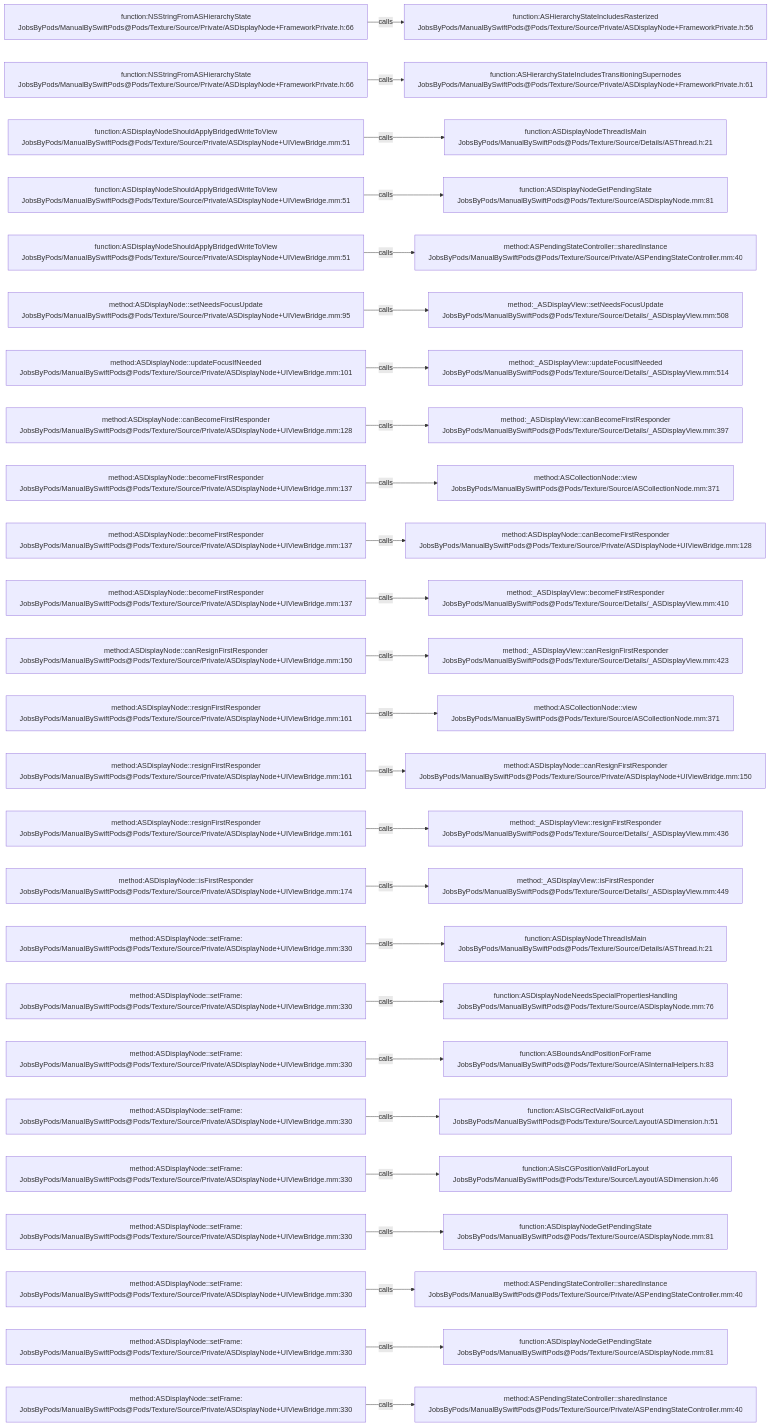
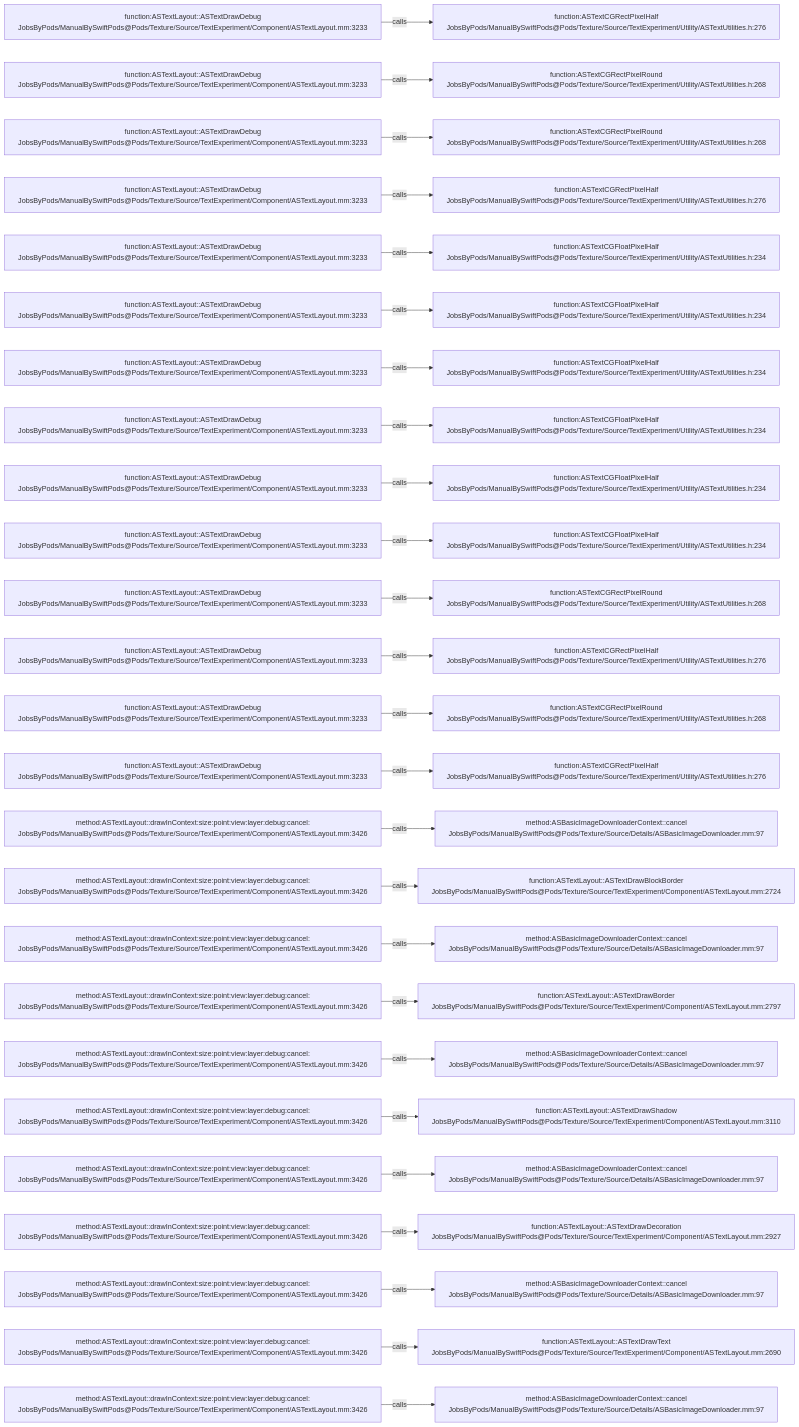
The diagram in .codegraph/codegraph.md/graphs/calls-137.md (JobsKits/JobsSwiftBaseConfigDemo), drawn with Mermaid before and after one commit. The commit also changed 832 other files, not shown here.

````diff
--- a/.codegraph/codegraph.md/graphs/calls-137.md
+++ b/.codegraph/codegraph.md/graphs/calls-137.md
@@ -13,78 +13,78 @@
 ```mermaid
 flowchart LR
-  S1["function:NSStringFromASHierarchyState<br/>JobsByPods/ManualBySwiftPods@Pods/Texture/Source/Private/ASDisplayNode+FrameworkPrivate.h:66"]
-  T1["function:ASHierarchyStateIncludesRasterized<br/>JobsByPods/ManualBySwiftPods@Pods/Texture/Source/Private/ASDisplayNode+FrameworkPrivate.h:56"]
+  S1["function:ASTextLayout::ASTextDrawDebug<br/>JobsByPods/ManualBySwiftPods@Pods/Texture/Source/TextExperiment/Component/ASTextLayout.mm:3233"]
+  T1["function:ASTextCGRectPixelHalf<br/>JobsByPods/ManualBySwiftPods@Pods/Texture/Source/TextExperiment/Utility/ASTextUtilities.h:276"]
   S1 -->|calls| T1
-  S2["function:NSStringFromASHierarchyState<br/>JobsByPods/ManualBySwiftPods@Pods/Texture/Source/Private/ASDisplayNode+FrameworkPrivate.h:66"]
-  T2["function:ASHierarchyStateIncludesTransitioningSupernodes<br/>JobsByPods/ManualBySwiftPods@Pods/Texture/Source/Private/ASDisplayNode+FrameworkPrivate.h:61"]
+  S2["function:ASTextLayout::ASTextDrawDebug<br/>JobsByPods/ManualBySwiftPods@Pods/Texture/Source/TextExperiment/Component/ASTextLayout.mm:3233"]
+  T2["function:ASTextCGRectPixelRound<br/>JobsByPods/ManualBySwiftPods@Pods/Texture/Source/TextExperiment/Utility/ASTextUtilities.h:268"]
   S2 -->|calls| T2
-  S3["function:ASDisplayNodeShouldApplyBridgedWriteToView<br/>JobsByPods/ManualBySwiftPods@Pods/Texture/Source/Private/ASDisplayNode+UIViewBridge.mm:51"]
-  T3["function:ASDisplayNodeThreadIsMain<br/>JobsByPods/ManualBySwiftPods@Pods/Texture/Source/Details/ASThread.h:21"]
+  S3["function:ASTextLayout::ASTextDrawDebug<br/>JobsByPods/ManualBySwiftPods@Pods/Texture/Source/TextExperiment/Component/ASTextLayout.mm:3233"]
+  T3["function:ASTextCGRectPixelRound<br/>JobsByPods/ManualBySwiftPods@Pods/Texture/Source/TextExperiment/Utility/ASTextUtilities.h:268"]
   S3 -->|calls| T3
-  S4["function:ASDisplayNodeShouldApplyBridgedWriteToView<br/>JobsByPods/ManualBySwiftPods@Pods/Texture/Source/Private/ASDisplayNode+UIViewBridge.mm:51"]
-  T4["function:ASDisplayNodeGetPendingState<br/>JobsByPods/ManualBySwiftPods@Pods/Texture/Source/ASDisplayNode.mm:81"]
+  S4["function:ASTextLayout::ASTextDrawDebug<br/>JobsByPods/ManualBySwiftPods@Pods/Texture/Source/TextExperiment/Component/ASTextLayout.mm:3233"]
+  T4["function:ASTextCGRectPixelHalf<br/>JobsByPods/ManualBySwiftPods@Pods/Texture/Source/TextExperiment/Utility/ASTextUtilities.h:276"]
   S4 -->|calls| T4
-  S5["function:ASDisplayNodeShouldApplyBridgedWriteToView<br/>JobsByPods/ManualBySwiftPods@Pods/Texture/Source/Private/ASDisplayNode+UIViewBridge.mm:51"]
-  T5["method:ASPendingStateController::sharedInstance<br/>JobsByPods/ManualBySwiftPods@Pods/Texture/Source/Private/ASPendingStateController.mm:40"]
+  S5["function:ASTextLayout::ASTextDrawDebug<br/>JobsByPods/ManualBySwiftPods@Pods/Texture/Source/TextExperiment/Component/ASTextLayout.mm:3233"]
+  T5["function:ASTextCGFloatPixelHalf<br/>JobsByPods/ManualBySwiftPods@Pods/Texture/Source/TextExperiment/Utility/ASTextUtilities.h:234"]
   S5 -->|calls| T5
-  S6["method:ASDisplayNode::setNeedsFocusUpdate<br/>JobsByPods/ManualBySwiftPods@Pods/Texture/Source/Private/ASDisplayNode+UIViewBridge.mm:95"]
-  T6["method:_ASDisplayView::setNeedsFocusUpdate<br/>JobsByPods/ManualBySwiftPods@Pods/Texture/Source/Details/_ASDisplayView.mm:508"]
+  S6["function:ASTextLayout::ASTextDrawDebug<br/>JobsByPods/ManualBySwiftPods@Pods/Texture/Source/TextExperiment/Component/ASTextLayout.mm:3233"]
+  T6["function:ASTextCGFloatPixelHalf<br/>JobsByPods/ManualBySwiftPods@Pods/Texture/Source/TextExperiment/Utility/ASTextUtilities.h:234"]
   S6 -->|calls| T6
-  S7["method:ASDisplayNode::updateFocusIfNeeded<br/>JobsByPods/ManualBySwiftPods@Pods/Texture/Source/Private/ASDisplayNode+UIViewBridge.mm:101"]
-  T7["method:_ASDisplayView::updateFocusIfNeeded<br/>JobsByPods/ManualBySwiftPods@Pods/Texture/Source/Details/_ASDisplayView.mm:514"]
+  S7["function:ASTextLayout::ASTextDrawDebug<br/>JobsByPods/ManualBySwiftPods@Pods/Texture/Source/TextExperiment/Component/ASTextLayout.mm:3233"]
+  T7["function:ASTextCGFloatPixelHalf<br/>JobsByPods/ManualBySwiftPods@Pods/Texture/Source/TextExperiment/Utility/ASTextUtilities.h:234"]
   S7 -->|calls| T7
-  S8["method:ASDisplayNode::canBecomeFirstResponder<br/>JobsByPods/ManualBySwiftPods@Pods/Texture/Source/Private/ASDisplayNode+UIViewBridge.mm:128"]
-  T8["method:_ASDisplayView::canBecomeFirstResponder<br/>JobsByPods/ManualBySwiftPods@Pods/Texture/Source/Details/_ASDisplayView.mm:397"]
+  S8["function:ASTextLayout::ASTextDrawDebug<br/>JobsByPods/ManualBySwiftPods@Pods/Texture/Source/TextExperiment/Component/ASTextLayout.mm:3233"]
+  T8["function:ASTextCGFloatPixelHalf<br/>JobsByPods/ManualBySwiftPods@Pods/Texture/Source/TextExperiment/Utility/ASTextUtilities.h:234"]
   S8 -->|calls| T8
-  S9["method:ASDisplayNode::becomeFirstResponder<br/>JobsByPods/ManualBySwiftPods@Pods/Texture/Source/Private/ASDisplayNode+UIViewBridge.mm:137"]
-  T9["method:ASCollectionNode::view<br/>JobsByPods/ManualBySwiftPods@Pods/Texture/Source/ASCollectionNode.mm:371"]
+  S9["function:ASTextLayout::ASTextDrawDebug<br/>JobsByPods/ManualBySwiftPods@Pods/Texture/Source/TextExperiment/Component/ASTextLayout.mm:3233"]
+  T9["function:ASTextCGFloatPixelHalf<br/>JobsByPods/ManualBySwiftPods@Pods/Texture/Source/TextExperiment/Utility/ASTextUtilities.h:234"]
   S9 -->|calls| T9
-  S10["method:ASDisplayNode::becomeFirstResponder<br/>JobsByPods/ManualBySwiftPods@Pods/Texture/Source/Private/ASDisplayNode+UIViewBridge.mm:137"]
-  T10["method:ASDisplayNode::canBecomeFirstResponder<br/>JobsByPods/ManualBySwiftPods@Pods/Texture/Source/Private/ASDisplayNode+UIViewBridge.mm:128"]
+  S10["function:ASTextLayout::ASTextDrawDebug<br/>JobsByPods/ManualBySwiftPods@Pods/Texture/Source/TextExperiment/Component/ASTextLayout.mm:3233"]
+  T10["function:ASTextCGFloatPixelHalf<br/>JobsByPods/ManualBySwiftPods@Pods/Texture/Source/TextExperiment/Utility/ASTextUtilities.h:234"]
   S10 -->|calls| T10
-  S11["method:ASDisplayNode::becomeFirstResponder<br/>JobsByPods/ManualBySwiftPods@Pods/Texture/Source/Private/ASDisplayNode+UIViewBridge.mm:137"]
-  T11["method:_ASDisplayView::becomeFirstResponder<br/>JobsByPods/ManualBySwiftPods@Pods/Texture/Source/Details/_ASDisplayView.mm:410"]
+  S11["function:ASTextLayout::ASTextDrawDebug<br/>JobsByPods/ManualBySwiftPods@Pods/Texture/Source/TextExperiment/Component/ASTextLayout.mm:3233"]
+  T11["function:ASTextCGRectPixelRound<br/>JobsByPods/ManualBySwiftPods@Pods/Texture/Source/TextExperiment/Utility/ASTextUtilities.h:268"]
   S11 -->|calls| T11
-  S12["method:ASDisplayNode::canResignFirstResponder<br/>JobsByPods/ManualBySwiftPods@Pods/Texture/Source/Private/ASDisplayNode+UIViewBridge.mm:150"]
-  T12["method:_ASDisplayView::canResignFirstResponder<br/>JobsByPods/ManualBySwiftPods@Pods/Texture/Source/Details/_ASDisplayView.mm:423"]
+  S12["function:ASTextLayout::ASTextDrawDebug<br/>JobsByPods/ManualBySwiftPods@Pods/Texture/Source/TextExperiment/Component/ASTextLayout.mm:3233"]
+  T12["function:ASTextCGRectPixelHalf<br/>JobsByPods/ManualBySwiftPods@Pods/Texture/Source/TextExperiment/Utility/ASTextUtilities.h:276"]
   S12 -->|calls| T12
-  S13["method:ASDisplayNode::resignFirstResponder<br/>JobsByPods/ManualBySwiftPods@Pods/Texture/Source/Private/ASDisplayNode+UIViewBridge.mm:161"]
-  T13["method:ASCollectionNode::view<br/>JobsByPods/ManualBySwiftPods@Pods/Texture/Source/ASCollectionNode.mm:371"]
+  S13["function:ASTextLayout::ASTextDrawDebug<br/>JobsByPods/ManualBySwiftPods@Pods/Texture/Source/TextExperiment/Component/ASTextLayout.mm:3233"]
+  T13["function:ASTextCGRectPixelRound<br/>JobsByPods/ManualBySwiftPods@Pods/Texture/Source/TextExperiment/Utility/ASTextUtilities.h:268"]
   S13 -->|calls| T13
-  S14["method:ASDisplayNode::resignFirstResponder<br/>JobsByPods/ManualBySwiftPods@Pods/Texture/Source/Private/ASDisplayNode+UIViewBridge.mm:161"]
-  T14["method:ASDisplayNode::canResignFirstResponder<br/>JobsByPods/ManualBySwiftPods@Pods/Texture/Source/Private/ASDisplayNode+UIViewBridge.mm:150"]
+  S14["function:ASTextLayout::ASTextDrawDebug<br/>JobsByPods/ManualBySwiftPods@Pods/Texture/Source/TextExperiment/Component/ASTextLayout.mm:3233"]
+  T14["function:ASTextCGRectPixelHalf<br/>JobsByPods/ManualBySwiftPods@Pods/Texture/Source/TextExperiment/Utility/ASTextUtilities.h:276"]
   S14 -->|calls| T14
-  S15["method:ASDisplayNode::resignFirstResponder<br/>JobsByPods/ManualBySwiftPods@Pods/Texture/Source/Private/ASDisplayNode+UIViewBridge.mm:161"]
-  T15["method:_ASDisplayView::resignFirstResponder<br/>JobsByPods/ManualBySwiftPods@Pods/Texture/Source/Details/_ASDisplayView.mm:436"]
+  S15["method:ASTextLayout::drawInContext:size:point:view:layer:debug:cancel:<br/>JobsByPods/ManualBySwiftPods@Pods/Texture/Source/TextExperiment/Component/ASTextLayout.mm:3426"]
+  T15["method:ASBasicImageDownloaderContext::cancel<br/>JobsByPods/ManualBySwiftPods@Pods/Texture/Source/Details/ASBasicImageDownloader.mm:97"]
   S15 -->|calls| T15
-  S16["method:ASDisplayNode::isFirstResponder<br/>JobsByPods/ManualBySwiftPods@Pods/Texture/Source/Private/ASDisplayNode+UIViewBridge.mm:174"]
-  T16["method:_ASDisplayView::isFirstResponder<br/>JobsByPods/ManualBySwiftPods@Pods/Texture/Source/Details/_ASDisplayView.mm:449"]
+  S16["method:ASTextLayout::drawInContext:size:point:view:layer:debug:cancel:<br/>JobsByPods/ManualBySwiftPods@Pods/Texture/Source/TextExperiment/Component/ASTextLayout.mm:3426"]
+  T16["function:ASTextLayout::ASTextDrawBlockBorder<br/>JobsByPods/ManualBySwiftPods@Pods/Texture/Source/TextExperiment/Component/ASTextLayout.mm:2724"]
   S16 -->|calls| T16
-  S17["method:ASDisplayNode::setFrame:<br/>JobsByPods/ManualBySwiftPods@Pods/Texture/Source/Private/ASDisplayNode+UIViewBridge.mm:330"]
-  T17["function:ASDisplayNodeThreadIsMain<br/>JobsByPods/ManualBySwiftPods@Pods/Texture/Source/Details/ASThread.h:21"]
+  S17["method:ASTextLayout::drawInContext:size:point:view:layer:debug:cancel:<br/>JobsByPods/ManualBySwiftPods@Pods/Texture/Source/TextExperiment/Component/ASTextLayout.mm:3426"]
+  T17["method:ASBasicImageDownloaderContext::cancel<br/>JobsByPods/ManualBySwiftPods@Pods/Texture/Source/Details/ASBasicImageDownloader.mm:97"]
   S17 -->|calls| T17
-  S18["method:ASDisplayNode::setFrame:<br/>JobsByPods/ManualBySwiftPods@Pods/Texture/Source/Private/ASDisplayNode+UIViewBridge.mm:330"]
-  T18["function:ASDisplayNodeNeedsSpecialPropertiesHandling<br/>JobsByPods/ManualBySwiftPods@Pods/Texture/Source/ASDisplayNode.mm:76"]
+  S18["method:ASTextLayout::drawInContext:size:point:view:layer:debug:cancel:<br/>JobsByPods/ManualBySwiftPods@Pods/Texture/Source/TextExperiment/Component/ASTextLayout.mm:3426"]
+  T18["function:ASTextLayout::ASTextDrawBorder<br/>JobsByPods/ManualBySwiftPods@Pods/Texture/Source/TextExperiment/Component/ASTextLayout.mm:2797"]
   S18 -->|calls| T18
-  S19["method:ASDisplayNode::setFrame:<br/>JobsByPods/ManualBySwiftPods@Pods/Texture/Source/Private/ASDisplayNode+UIViewBridge.mm:330"]
-  T19["function:ASBoundsAndPositionForFrame<br/>JobsByPods/ManualBySwiftPods@Pods/Texture/Source/ASInternalHelpers.h:83"]
+  S19["method:ASTextLayout::drawInContext:size:point:view:layer:debug:cancel:<br/>JobsByPods/ManualBySwiftPods@Pods/Texture/Source/TextExperiment/Component/ASTextLayout.mm:3426"]
+  T19["method:ASBasicImageDownloaderContext::cancel<br/>JobsByPods/ManualBySwiftPods@Pods/Texture/Source/Details/ASBasicImageDownloader.mm:97"]
   S19 -->|calls| T19
-  S20["method:ASDisplayNode::setFrame:<br/>JobsByPods/ManualBySwiftPods@Pods/Texture/Source/Private/ASDisplayNode+UIViewBridge.mm:330"]
-  T20["function:ASIsCGRectValidForLayout<br/>JobsByPods/ManualBySwiftPods@Pods/Texture/Source/Layout/ASDimension.h:51"]
+  S20["method:ASTextLayout::drawInContext:size:point:view:layer:debug:cancel:<br/>JobsByPods/ManualBySwiftPods@Pods/Texture/Source/TextExperiment/Component/ASTextLayout.mm:3426"]
+  T20["function:ASTextLayout::ASTextDrawShadow<br/>JobsByPods/ManualBySwiftPods@Pods/Texture/Source/TextExperiment/Component/ASTextLayout.mm:3110"]
   S20 -->|calls| T20
-  S21["method:ASDisplayNode::setFrame:<br/>JobsByPods/ManualBySwiftPods@Pods/Texture/Source/Private/ASDisplayNode+UIViewBridge.mm:330"]
-  T21["function:ASIsCGPositionValidForLayout<br/>JobsByPods/ManualBySwiftPods@Pods/Texture/Source/Layout/ASDimension.h:46"]
+  S21["method:ASTextLayout::drawInContext:size:point:view:layer:debug:cancel:<br/>JobsByPods/ManualBySwiftPods@Pods/Texture/Source/TextExperiment/Component/ASTextLayout.mm:3426"]
+  T21["method:ASBasicImageDownloaderContext::cancel<br/>JobsByPods/ManualBySwiftPods@Pods/Texture/Source/Details/ASBasicImageDownloader.mm:97"]
   S21 -->|calls| T21
-  S22["method:ASDisplayNode::setFrame:<br/>JobsByPods/ManualBySwiftPods@Pods/Texture/Source/Private/ASDisplayNode+UIViewBridge.mm:330"]
-  T22["function:ASDisplayNodeGetPendingState<br/>JobsByPods/ManualBySwiftPods@Pods/Texture/Source/ASDisplayNode.mm:81"]
+  S22["method:ASTextLayout::drawInContext:size:point:view:layer:debug:cancel:<br/>JobsByPods/ManualBySwiftPods@Pods/Texture/Source/TextExperiment/Component/ASTextLayout.mm:3426"]
+  T22["function:ASTextLayout::ASTextDrawDecoration<br/>JobsByPods/ManualBySwiftPods@Pods/Texture/Source/TextExperiment/Component/ASTextLayout.mm:2927"]
   S22 -->|calls| T22
-  S23["method:ASDisplayNode::setFrame:<br/>JobsByPods/ManualBySwiftPods@Pods/Texture/Source/Private/ASDisplayNode+UIViewBridge.mm:330"]
-  T23["method:ASPendingStateController::sharedInstance<br/>JobsByPods/ManualBySwiftPods@Pods/Texture/Source/Private/ASPendingStateController.mm:40"]
+  S23["method:ASTextLayout::drawInContext:size:point:view:layer:debug:cancel:<br/>JobsByPods/ManualBySwiftPods@Pods/Texture/Source/TextExperiment/Component/ASTextLayout.mm:3426"]
+  T23["method:ASBasicImageDownloaderContext::cancel<br/>JobsByPods/ManualBySwiftPods@Pods/Texture/Source/Details/ASBasicImageDownloader.mm:97"]
   S23 -->|calls| T23
-  S24["method:ASDisplayNode::setFrame:<br/>JobsByPods/ManualBySwiftPods@Pods/Texture/Source/Private/ASDisplayNode+UIViewBridge.mm:330"]
-  T24["function:ASDisplayNodeGetPendingState<br/>JobsByPods/ManualBySwiftPods@Pods/Texture/Source/ASDisplayNode.mm:81"]
+  S24["method:ASTextLayout::drawInContext:size:point:view:layer:debug:cancel:<br/>JobsByPods/ManualBySwiftPods@Pods/Texture/Source/TextExperiment/Component/ASTextLayout.mm:3426"]
+  T24["function:ASTextLayout::ASTextDrawText<br/>JobsByPods/ManualBySwiftPods@Pods/Texture/Source/TextExperiment/Component/ASTextLayout.mm:2690"]
   S24 -->|calls| T24
-  S25["method:ASDisplayNode::setFrame:<br/>JobsByPods/ManualBySwiftPods@Pods/Texture/Source/Private/ASDisplayNode+UIViewBridge.mm:330"]
-  T25["method:ASPendingStateController::sharedInstance<br/>JobsByPods/ManualBySwiftPods@Pods/Texture/Source/Private/ASPendingStateController.mm:40"]
+  S25["method:ASTextLayout::drawInContext:size:point:view:layer:debug:cancel:<br/>JobsByPods/ManualBySwiftPods@Pods/Texture/Source/TextExperiment/Component/ASTextLayout.mm:3426"]
+  T25["method:ASBasicImageDownloaderContext::cancel<br/>JobsByPods/ManualBySwiftPods@Pods/Texture/Source/Details/ASBasicImageDownloader.mm:97"]
   S25 -->|calls| T25
 ```
````
